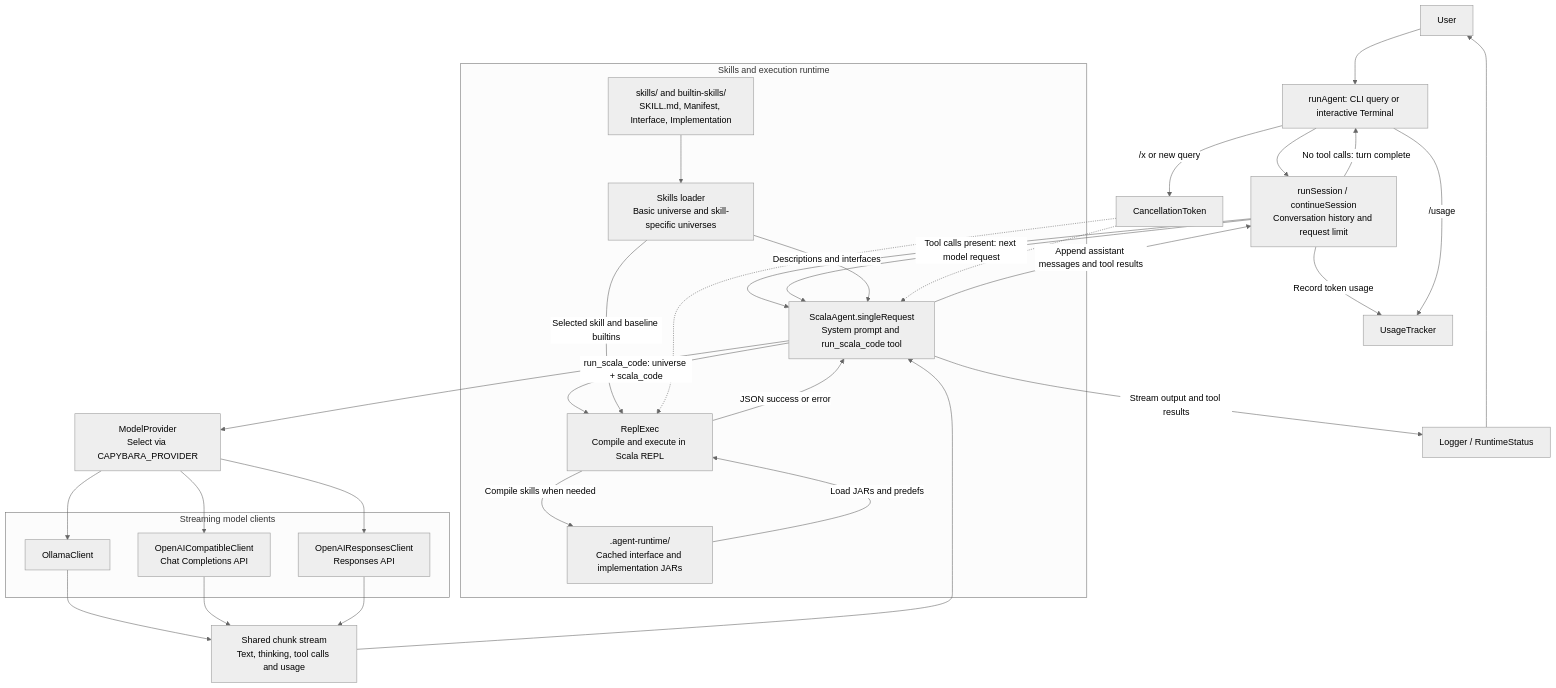
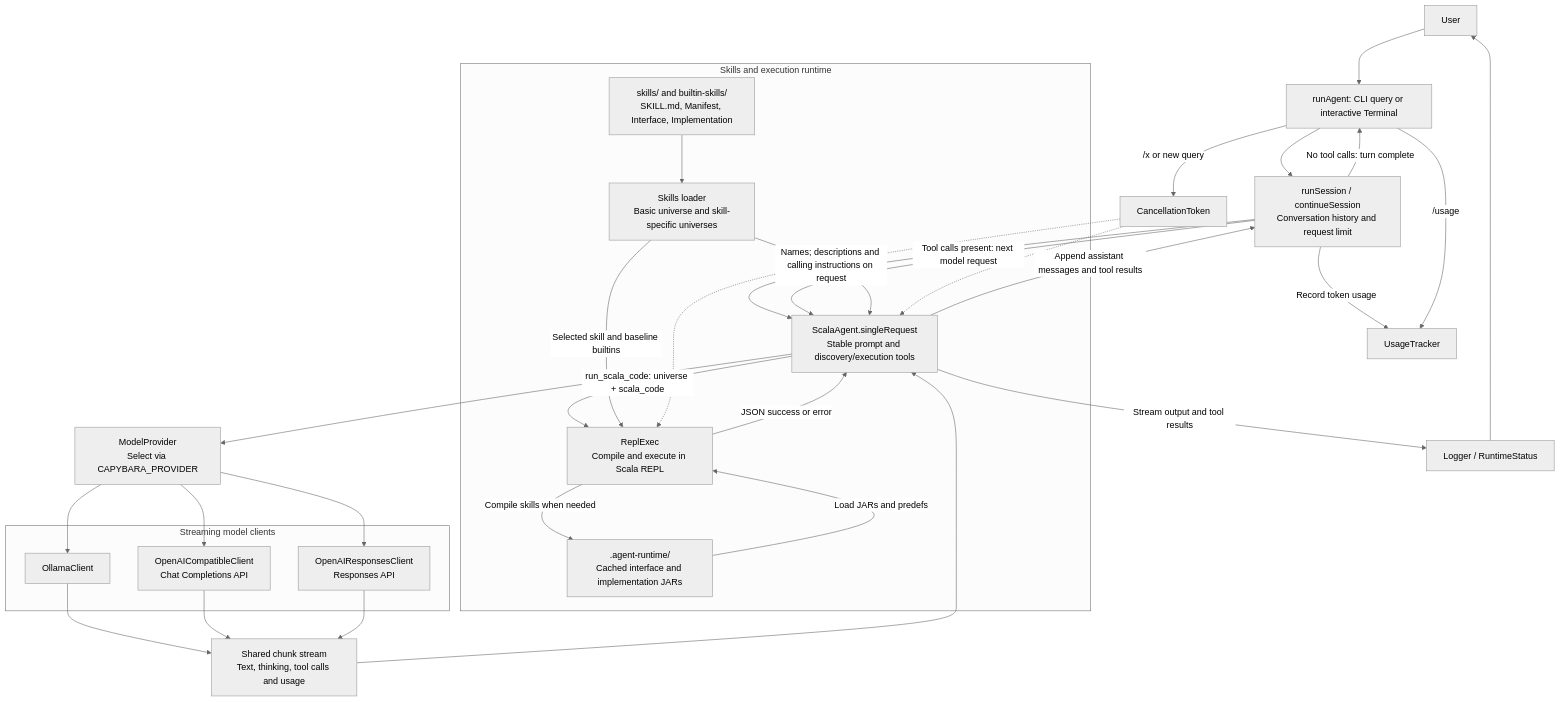
The first of 2 diagrams in README.md (bishabosha/capybara-agent), drawn with Mermaid (neutral theme) before and after one commit. The commit also changed other lines of this file and 118 other files, not shown here.

````diff
--- a/README.md
+++ b/README.md
@@ -7,45 +7,45 @@
 ```mermaid
 flowchart TD
     User["User"] --> Entry["runAgent: CLI query or interactive Terminal"]
     Entry --> Session["runSession / continueSession<br/>Conversation history and request limit"]
-    Session --> Agent["ScalaAgent.singleRequest<br/>System prompt and run_scala_code tool"]
+    Session --> Agent["ScalaAgent.singleRequest<br/>Stable prompt and discovery/execution tools"]
     Agent --> Provider["ModelProvider<br/>Select via CAPYBARA_PROVIDER"]
 
     subgraph Providers["Streaming model clients"]
         Ollama["OllamaClient"]
         Chat["OpenAICompatibleClient<br/>Chat Completions API"]
         Responses["OpenAIResponsesClient<br/>Responses API"]
     end
     Provider --> Ollama
     Provider --> Chat
     Provider --> Responses
     Ollama --> Stream["Shared chunk stream<br/>Text, thinking, tool calls and usage"]
     Chat --> Stream
     Responses --> Stream
     Stream --> Agent
 
     Agent -->|"run_scala_code: universe + scala_code"| Repl["ReplExec<br/>Compile and execute in Scala REPL"]
     Repl -->|"JSON success or error"| Agent
     Agent -->|"Append assistant messages and tool results"| Session
     Session -->|"Tool calls present: next model request"| Agent
     Session -->|"No tool calls: turn complete"| Entry
 
     subgraph SkillsRuntime["Skills and execution runtime"]
         Files["skills/ and builtin-skills/<br/>SKILL.md, Manifest, Interface, Implementation"]
         Skills["Skills loader<br/>Basic universe and skill-specific universes"]
         Jars[".agent-runtime/<br/>Cached interface and implementation JARs"]
         Files --> Skills
-        Skills -->|"Descriptions and interfaces"| Agent
+        Skills -->|"Names; descriptions and calling instructions on request"| Agent
         Skills -->|"Selected skill and baseline builtins"| Repl
         Repl -->|"Compile skills when needed"| Jars
         Jars -->|"Load JARs and predefs"| Repl
     end
 
     Agent -->|"Stream output and tool results"| Logger["Logger / RuntimeStatus"]
     Logger --> User
     Session -->|"Record token usage"| Usage["UsageTracker"]
     Entry -->|"/usage"| Usage
     Entry -->|"/x or new query"| Cancel["CancellationToken"]
     Cancel -.-> Agent
     Cancel -.-> Repl
 ```
````
